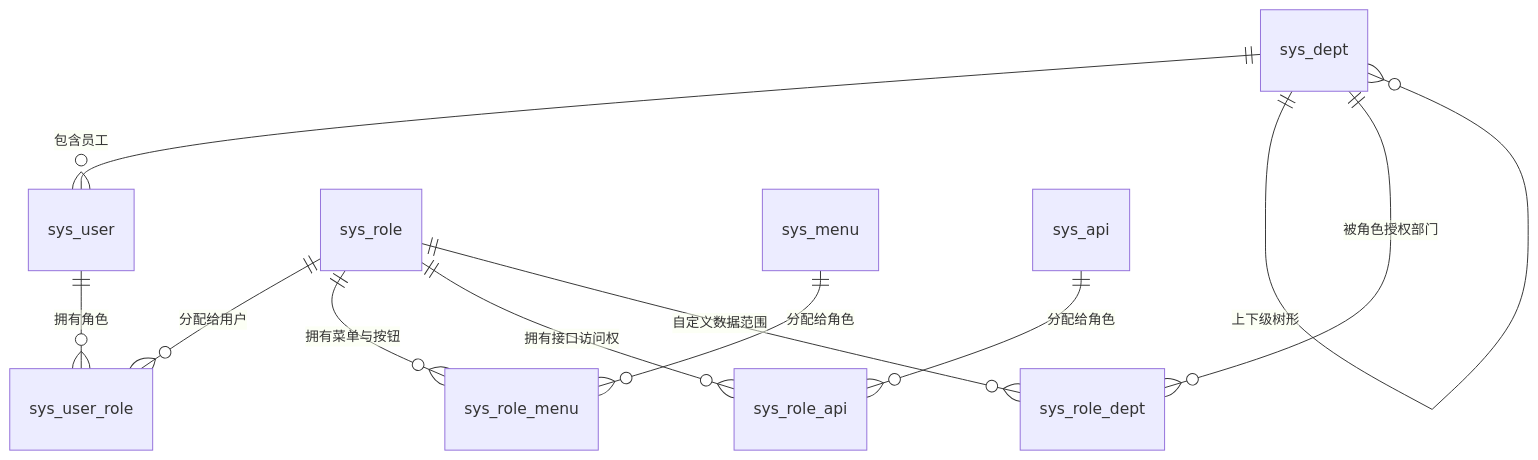
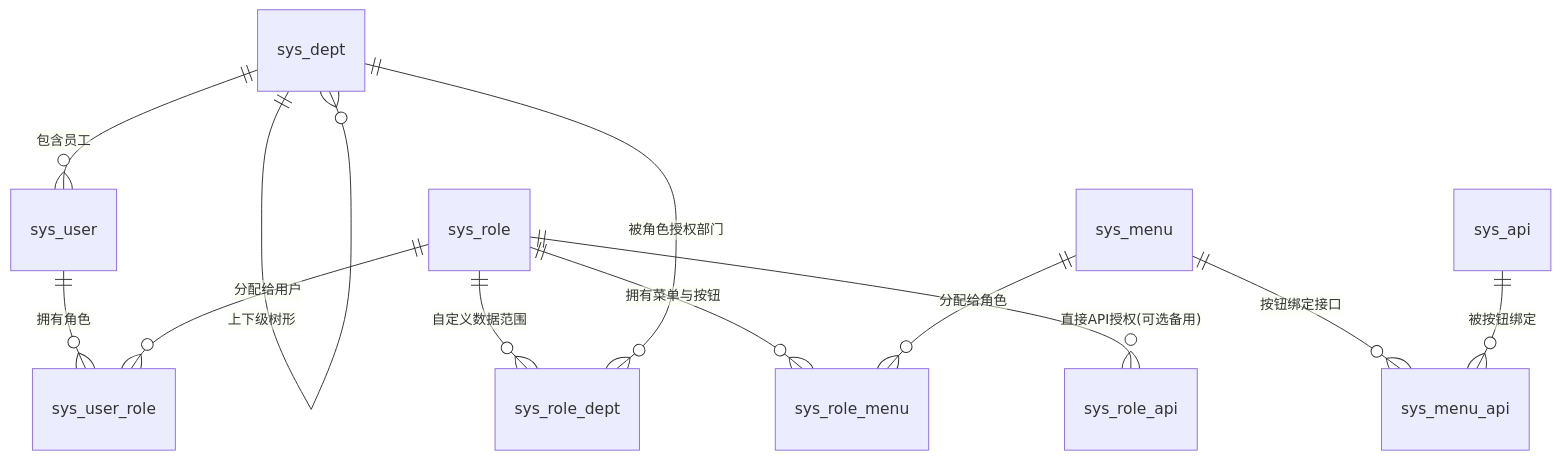
One commit to cococolanosugar/go-zero-boilerplate changed the fourth of 4 diagrams in doc/design/2026-09-06-permission/README.md. Above: the diagram before and after it, drawn with Mermaid. The commit also changed other lines of this file, not shown here.

First line of the commit message:
docs: enrich permission design with Button-to-API binding and UI access strategies

````diff
--- a/doc/design/2026-09-06-permission/README.md
+++ b/doc/design/2026-09-06-permission/README.md
@@ -97,13 +191,14 @@
 ```mermaid
 erDiagram
     sys_dept ||--o{ sys_user : "包含员工"
     sys_dept ||--o{ sys_dept : "上下级树形"
     sys_user ||--o{ sys_user_role : "拥有角色"
     sys_role ||--o{ sys_user_role : "分配给用户"
     sys_role ||--o{ sys_role_menu : "拥有菜单与按钮"
     sys_menu ||--o{ sys_role_menu : "分配给角色"
-    sys_role ||--o{ sys_role_api : "拥有接口访问权"
-    sys_api ||--o{ sys_role_api : "分配给角色"
+    sys_menu ||--o{ sys_menu_api : "按钮绑定接口"
+    sys_api ||--o{ sys_menu_api : "被按钮绑定"
+    sys_role ||--o{ sys_role_api : "直接API授权(可选备用)"
     sys_role ||--o{ sys_role_dept : "自定义数据范围"
     sys_dept ||--o{ sys_role_dept : "被角色授权部门"
 ```
````
